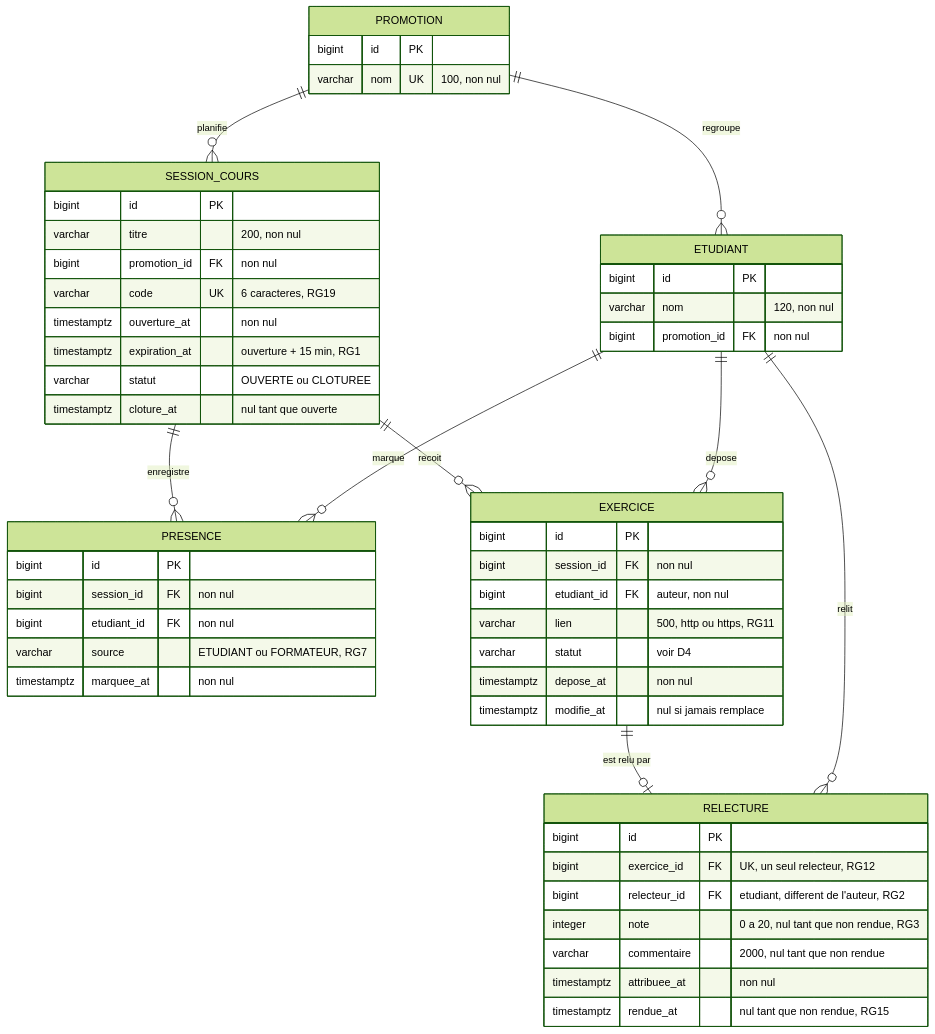
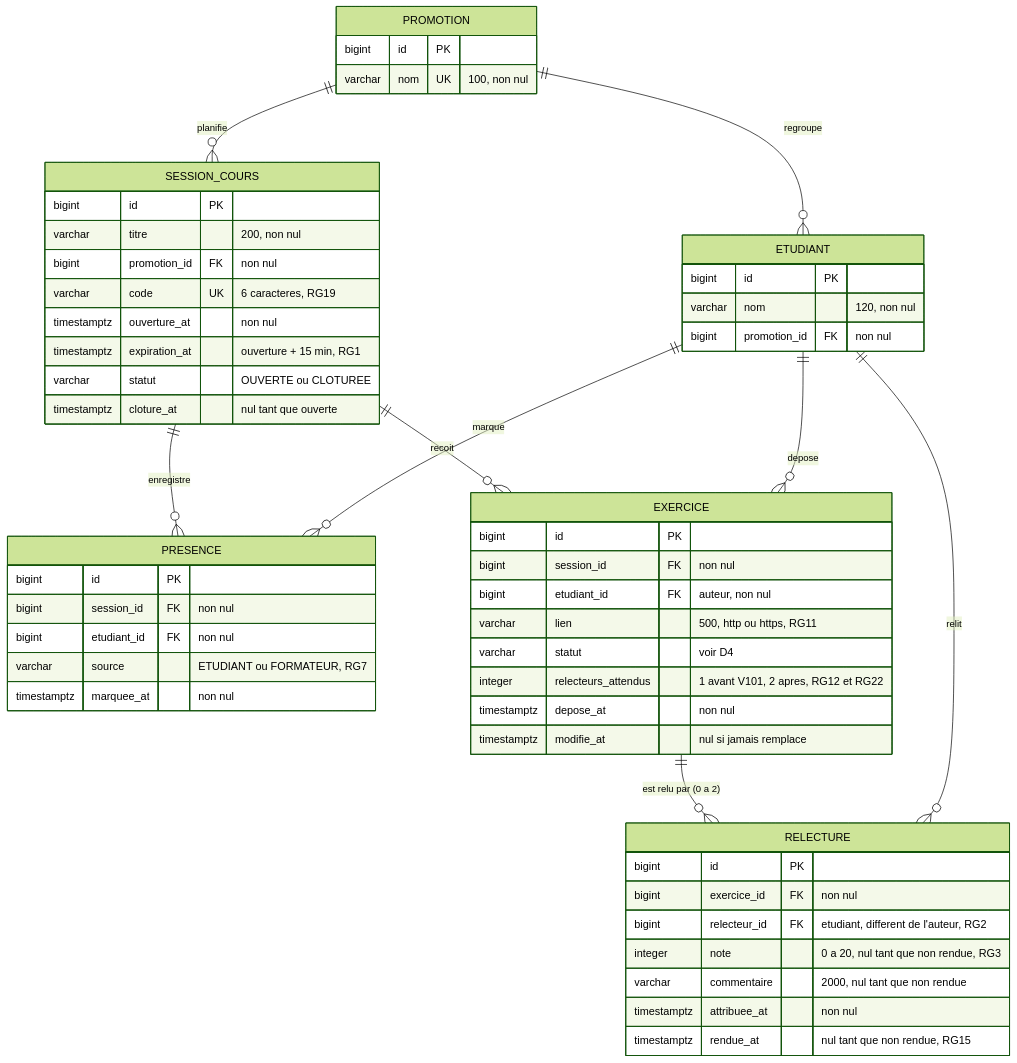
The diagram in docs/diagrammes/D2-modele-donnees.md (Alphadev2023/kfokam48-epreuve-190), drawn with Mermaid (forest theme) before and after one commit. The commit also changed other lines of this file and 2 other files, not shown here.

Commit message:
docs(analyse): cahier des charges v2, D2 et D4 - consequence du passage a deux relecteurs et de la note retenue (enveloppe etape 3, refs #<E1> #<E2>)

````diff
--- a/docs/diagrammes/D2-modele-donnees.md
+++ b/docs/diagrammes/D2-modele-donnees.md
@@ -5,56 +7,57 @@
 ```mermaid
 erDiagram
     PROMOTION ||--o{ ETUDIANT : regroupe
     PROMOTION ||--o{ SESSION_COURS : planifie
     SESSION_COURS ||--o{ PRESENCE : enregistre
     ETUDIANT ||--o{ PRESENCE : marque
     SESSION_COURS ||--o{ EXERCICE : recoit
     ETUDIANT ||--o{ EXERCICE : depose
-    EXERCICE ||--o| RELECTURE : "est relu par"
+    EXERCICE ||--o{ RELECTURE : "est relu par (0 a 2)"
     ETUDIANT ||--o{ RELECTURE : relit
 
     PROMOTION {
         bigint id PK
         varchar nom UK "100, non nul"
     }
     ETUDIANT {
         bigint id PK
         varchar nom "120, non nul"
         bigint promotion_id FK "non nul"
     }
     SESSION_COURS {
         bigint id PK
         varchar titre "200, non nul"
         bigint promotion_id FK "non nul"
         varchar code UK "6 caracteres, RG19"
         timestamptz ouverture_at "non nul"
         timestamptz expiration_at "ouverture + 15 min, RG1"
         varchar statut "OUVERTE ou CLOTUREE"
         timestamptz cloture_at "nul tant que ouverte"
     }
     PRESENCE {
         bigint id PK
         bigint session_id FK "non nul"
         bigint etudiant_id FK "non nul"
         varchar source "ETUDIANT ou FORMATEUR, RG7"
         timestamptz marquee_at "non nul"
     }
     EXERCICE {
         bigint id PK
         bigint session_id FK "non nul"
         bigint etudiant_id FK "auteur, non nul"
         varchar lien "500, http ou https, RG11"
         varchar statut "voir D4"
+        integer relecteurs_attendus "1 avant V101, 2 apres, RG12 et RG22"
         timestamptz depose_at "non nul"
         timestamptz modifie_at "nul si jamais remplace"
     }
     RELECTURE {
         bigint id PK
-        bigint exercice_id FK "UK, un seul relecteur, RG12"
+        bigint exercice_id FK "non nul"
         bigint relecteur_id FK "etudiant, different de l'auteur, RG2"
         integer note "0 a 20, nul tant que non rendue, RG3"
         varchar commentaire "2000, nul tant que non rendue"
         timestamptz attribuee_at "non nul"
         timestamptz rendue_at "nul tant que non rendue, RG15"
     }
 ```
````
